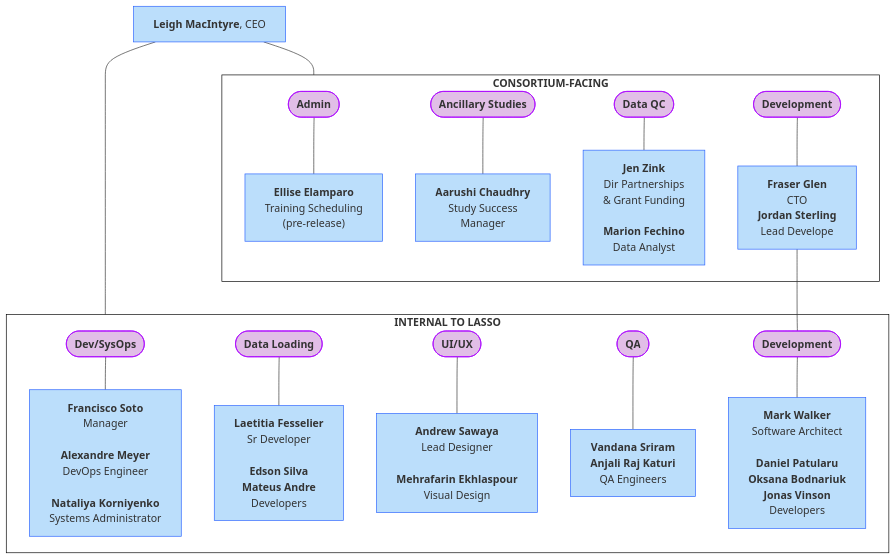
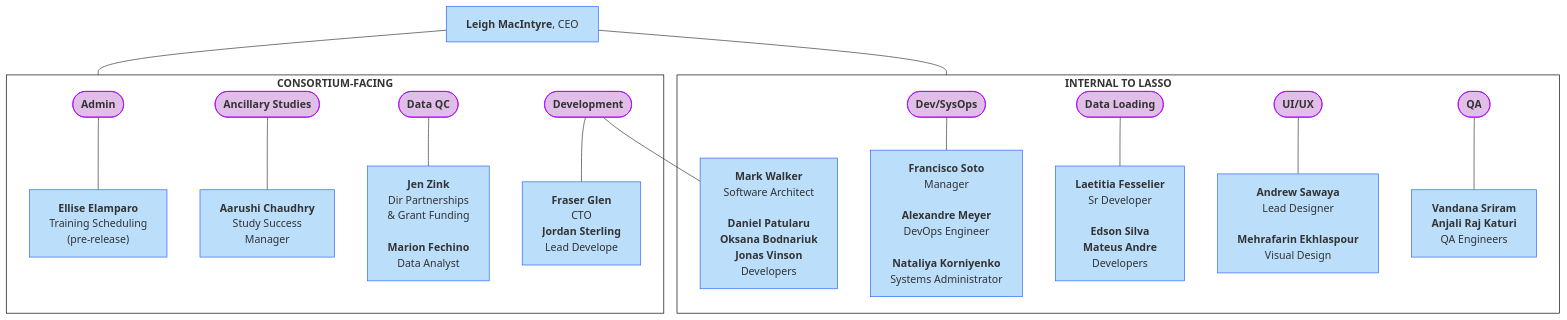
The third of 16 diagrams in docs/orgcharts_alt.md (DCAN-Labs/hbcd-docs-internal), drawn with Mermaid before and after one commit. The commit also changed other lines of this file, not shown here.

````diff
--- a/docs/orgcharts_alt.md
+++ b/docs/orgcharts_alt.md
@@ -208,69 +140,61 @@
 ```mermaid
----
-config:
-  layout: dagre
----
 flowchart TB
  subgraph s1["<b>INTERNAL TO LASSO</b>"]
         n23(["<b>Dev/SysOps</b>"])
         n24["<b>Francisco Soto</b><br>Manager<br>
     <b>Alexandre Meyer</b><br>DevOps Engineer<br><br><b>Nataliya Korniyenko<br></b>Systems Administrator"]
         n4(["<b>Data Loading</b>"])
         n9["<b>Laetitia Fesselier</b><br>Sr Developer<br>
     <b>Edson Silva</b><br><b>Mateus Andre</b><br>Developers"]
         n29(["<b>UI/UX</b>"])
         n30["<b>Andrew Sawaya</b><br>Lead Designer<br>
     <b>Mehrafarin Ekhlaspour</b><br>Visual Design"]
         n27(["<b>QA</b>"])
         n28["<b>Vandana Sriram</b><br><b>Anjali Raj Katuri<br></b>QA Engineers"]
         n31["<b>Mark Walker</b>
         Software Architect<br>
         <b>Daniel Patularu
         Oksana Bodnariuk
         Jonas Vinson</b>
         Developers"]
-        n32(["<b>Development</b>"])
   end
  subgraph s2["<b>CONSORTIUM-FACING</b>"]
         B(["<b>Admin</b>"])
         n5["<b>Ellise Elamparo</b><br>Training Scheduling<br>(pre-release)"]
         n1(["<b>Ancillary Studies</b>"])
         n6["<b>Aarushi Chaudhry<br></b>Study Success<br>Manager"]
         n2(["<b>Data QC</b>"])
         n7["<b>Jen Zink<br></b>Dir Partnerships<br>&amp; Grant Funding<br><br><b>Marion Fechino</b><br>Data Analyst"]
         n22(["<b>Development</b>"])
         n26["<b>Fraser Glen<br></b>CTO<br><b>Jordan Sterling<br></b>Lead Develope"]
   end
-    A["<b>Leigh MacIntyre</b>, CEO"] --- s1 & s2
+    A["<b>Leigh MacIntyre</b>, CEO"] --- s2 & s1
     B --- n5
     n1 --- n6
     n2 --- n7
     n4 --- n9
     n23 --- n24
-    n22 --- n26
+    n22 --- n26 & n31
     n27 --- n28
     n29 --- n30
-    n32 --- n31
-    n26 --- n32
     style n23 fill:#E1BEE7,stroke:#AA00FF
     style n24 fill:#BBDEFB,stroke:#2962FF
     style n4 fill:#E1BEE7,stroke:#AA00FF
     style n9 fill:#BBDEFB,stroke:#2962FF
     style n29 fill:#E1BEE7,stroke:#AA00FF
     style n30 fill:#BBDEFB,stroke:#2962FF
     style n27 fill:#E1BEE7,stroke:#AA00FF
     style n28 fill:#BBDEFB,stroke:#2962FF
     style n31 fill:#BBDEFB,stroke:#2962FF
-    style n32 fill:#E1BEE7,stroke:#AA00FF
     style B fill:#E1BEE7,stroke:#AA00FF
     style n5 fill:#BBDEFB,stroke:#2962FF
     style n1 fill:#E1BEE7,stroke:#AA00FF
     style n6 fill:#BBDEFB,stroke:#2962FF
     style n2 fill:#E1BEE7,stroke:#AA00FF
     style n7 fill:#BBDEFB,stroke:#2962FF
     style n22 fill:#E1BEE7,stroke:#AA00FF
     style n26 fill:#BBDEFB,stroke:#2962FF
     style A fill:#BBDEFB,stroke:#2962FF
     style s2 fill:#FFFFFF,stroke:#000000
     style s1 fill:#FFFFFF,stroke:#000000
 ```
````
